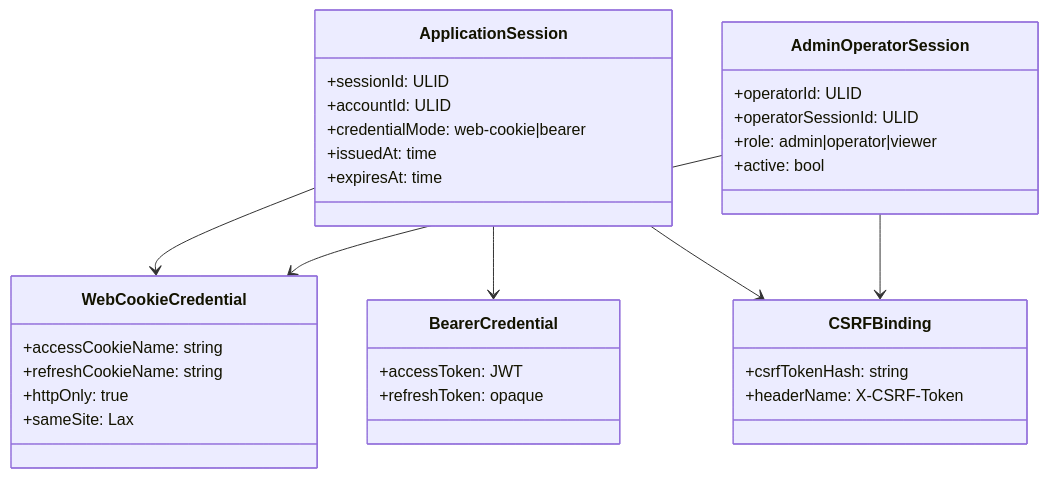
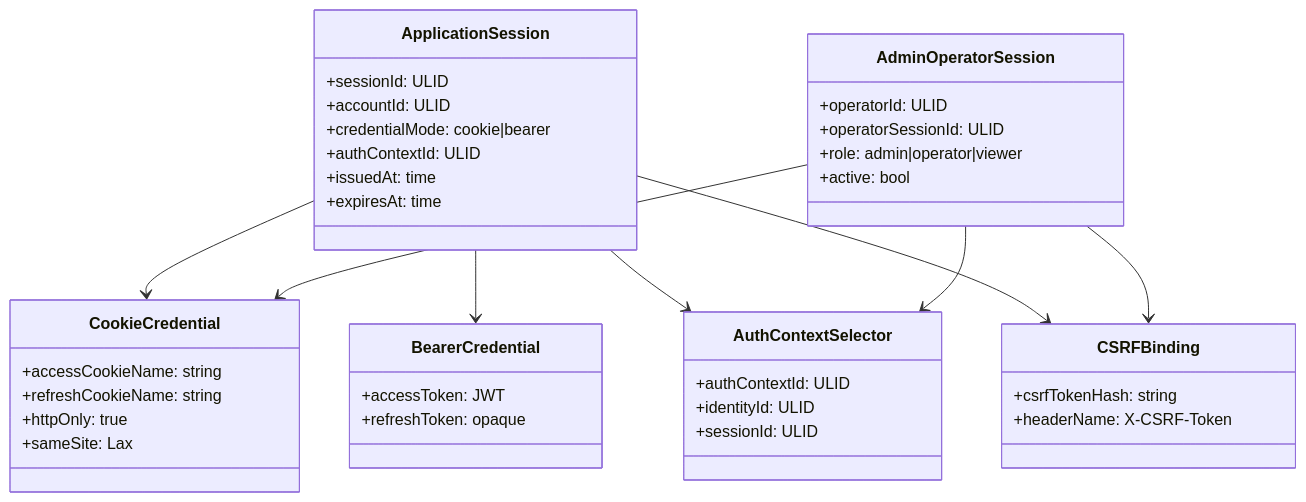
One commit to witwire-net/www-template changed the fourth of 5 diagrams in openspec/changes/product-cookie-bearer-auth/design.md. Above: the diagram before and after it, drawn with Mermaid. The commit also changed other lines of this file and 7 other files, not shown here.

Commit message:
docs(openspec): align auth context selector plan

````diff
--- a/openspec/changes/product-cookie-bearer-auth/design.md
+++ b/openspec/changes/product-cookie-bearer-auth/design.md
@@ -323,35 +329,43 @@
 ```mermaid
 classDiagram
   class ApplicationSession {
     +sessionId: ULID
     +accountId: ULID
-    +credentialMode: web-cookie|bearer
+    +credentialMode: cookie|bearer
+    +authContextId: ULID
     +issuedAt: time
     +expiresAt: time
   }
-  class WebCookieCredential {
+  class CookieCredential {
     +accessCookieName: string
     +refreshCookieName: string
     +httpOnly: true
     +sameSite: Lax
   }
   class AdminOperatorSession {
     +operatorId: ULID
     +operatorSessionId: ULID
     +role: admin|operator|viewer
     +active: bool
   }
   class BearerCredential {
     +accessToken: JWT
     +refreshToken: opaque
   }
+  class AuthContextSelector {
+    +authContextId: ULID
+    +identityId: ULID
+    +sessionId: ULID
+  }
   class CSRFBinding {
     +csrfTokenHash: string
     +headerName: X-CSRF-Token
   }
-  ApplicationSession --> WebCookieCredential
-  AdminOperatorSession --> WebCookieCredential
+  ApplicationSession --> CookieCredential
+  AdminOperatorSession --> CookieCredential
   ApplicationSession --> BearerCredential
+  ApplicationSession --> AuthContextSelector
+  AdminOperatorSession --> AuthContextSelector
   ApplicationSession --> CSRFBinding
   AdminOperatorSession --> CSRFBinding
 ```
````
